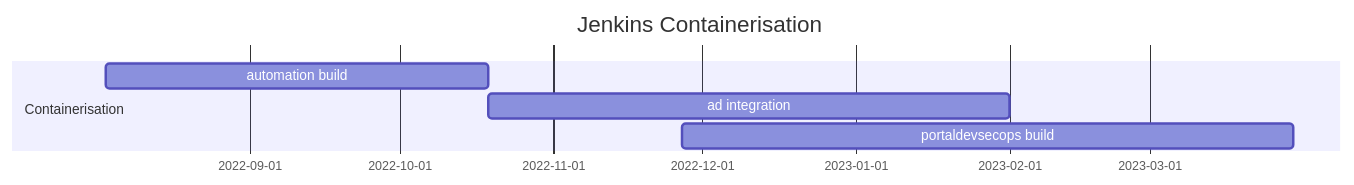
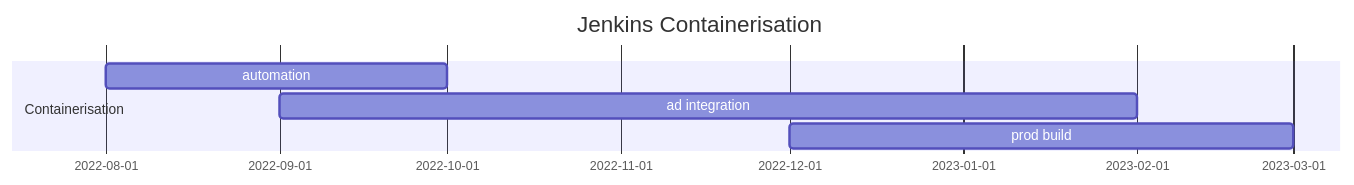
One commit to MoTTTT/whatWeThink changed the diagram in README.md. Above: the diagram before and after it, drawn with Mermaid. The commit also changed other lines of this file, not shown here.

````diff
--- a/README.md
+++ b/README.md
@@ -51,10 +18,10 @@
 ```mermaid
 gantt
     title Jenkins Containerisation
-    dateFormat  YYYY-MM-DD
+    dateFormat  YY-MM
 
     section Containerisation
-        automation build: c2, 2022-08-03, 2022-10-19
-        ad integration: c3, 2022-10-19, 2023-02-01
-        portaldevsecops build: c5, 2022-11-27, 2023-03-30 
+        automation: c2, 22-08, 22-10
+        ad integration: c3, 22-09, 23-02
+        prod build: c5, 22-12, 23-03 
 ```
````
